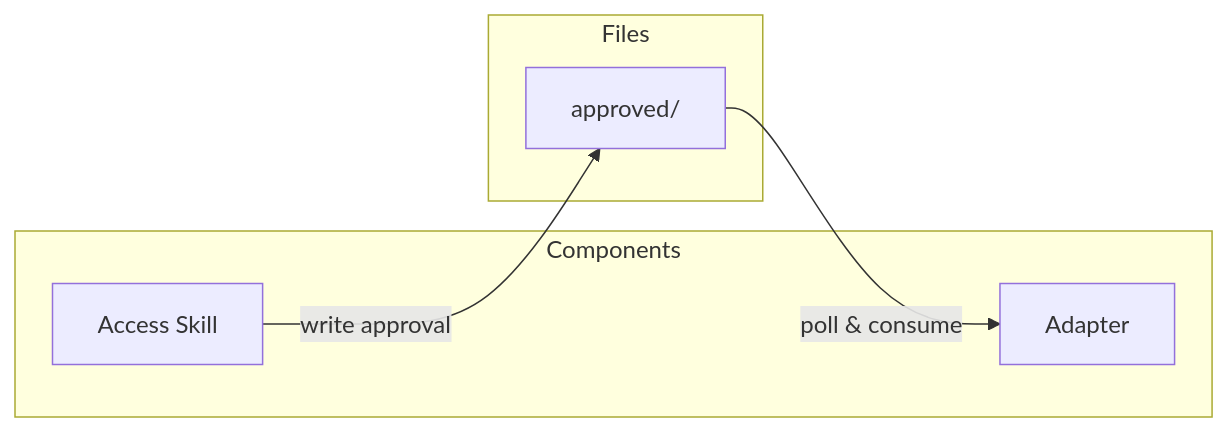
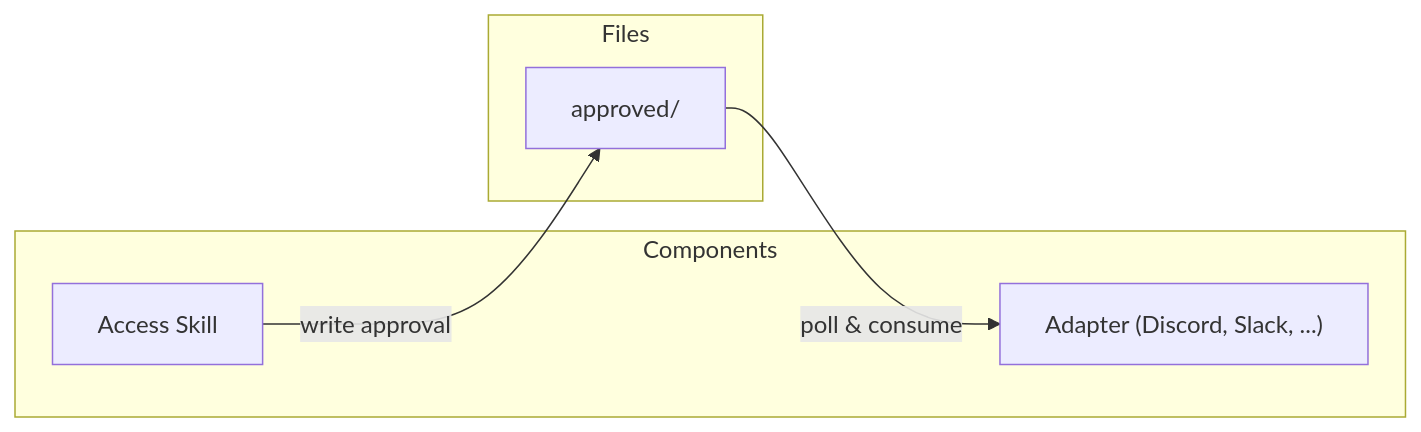
Diagram 11 of 12 in docs/guides/architecture.md (HealGaren/claude-channel-mux), drawn with Mermaid before and after one commit. The commit also changed other lines of this file, not shown here.

Commit message:
docs: fix broken mermaid syntax, add adapter platform hint

````diff
--- a/docs/guides/architecture.md
+++ b/docs/guides/architecture.md
@@ -232,13 +214,13 @@
 ```mermaid
 graph LR
     subgraph Components
         Skill[Access Skill]
-        Adapter
+        Adp["Adapter (Discord, Slack, ...)"]
     end
     subgraph Files
         APR[approved/]
     end
 
     Skill -->|write approval| APR
-    APR -->|poll & consume| Adapter
+    APR -->|poll & consume| Adp
 ```
````
